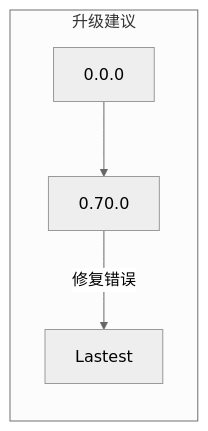
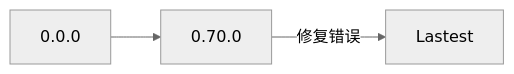
One commit to zmjack/NStandard changed the diagram in README.zh.md. Above: the diagram before and after it, drawn with Mermaid (neutral theme). The commit also changed other lines of this file and 15 other files, not shown here.

````diff
--- a/README.zh.md
+++ b/README.zh.md
@@ -42,6 +48,4 @@
 ```mermaid
 graph LR
-subgraph 升级建议
 0.0.0 --> 0.70.0 --> |修复错误| Lastest
-end
 ```
````
